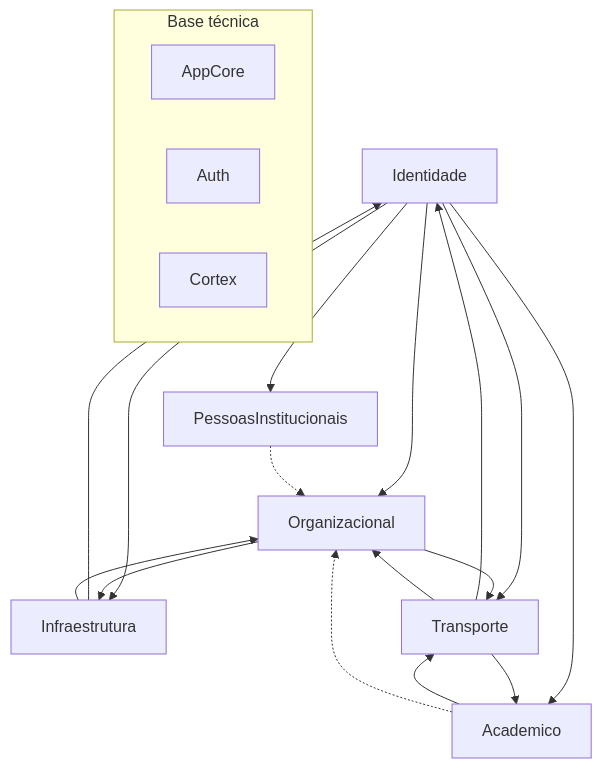
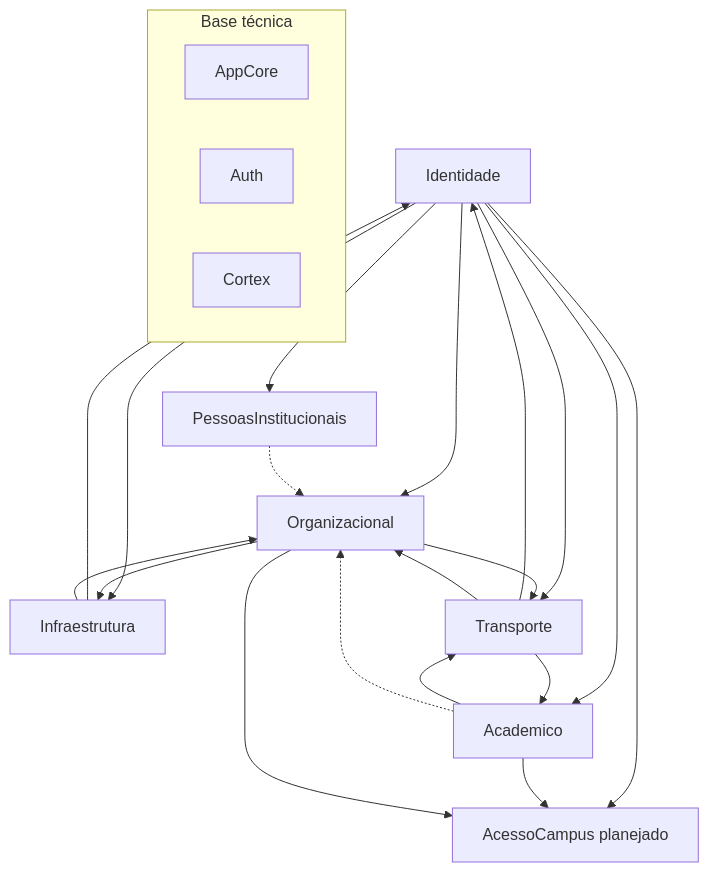
The diagram in docs/diagrams/02-bounded-contexts.md (soareslucas9090/cortex-platform), drawn with Mermaid before and after one commit. The commit also changed other lines of this file and 11 other files, not shown here.

Commit message:
docs: integração do AcessoCampus nos mapas do Cortex

````diff
--- a/docs/diagrams/02-bounded-contexts.md
+++ b/docs/diagrams/02-bounded-contexts.md
@@ -320,28 +364,32 @@
 ```mermaid
 flowchart TB
   subgraph base [Base técnica]
     AppCore
     Auth
     Cortex
   end
 
   Identidade --> Organizacional
   Identidade --> PessoasInstitucionais
   Identidade --> Academico
   Identidade --> Infraestrutura
   Identidade --> Transporte
 
   Organizacional --> Infraestrutura
   Organizacional --> Transporte
 
   PessoasInstitucionais -.-> Organizacional
   Academico --> Transporte
   Academico -.-> Organizacional
 
   Infraestrutura --> Identidade
   Infraestrutura --> Organizacional
 
   Transporte --> Identidade
   Transporte --> Academico
   Transporte --> Organizacional
+
+  Identidade --> AcessoCampusPlanejado[AcessoCampus planejado]
+  Academico --> AcessoCampusPlanejado
+  Organizacional --> AcessoCampusPlanejado
 ```
````
